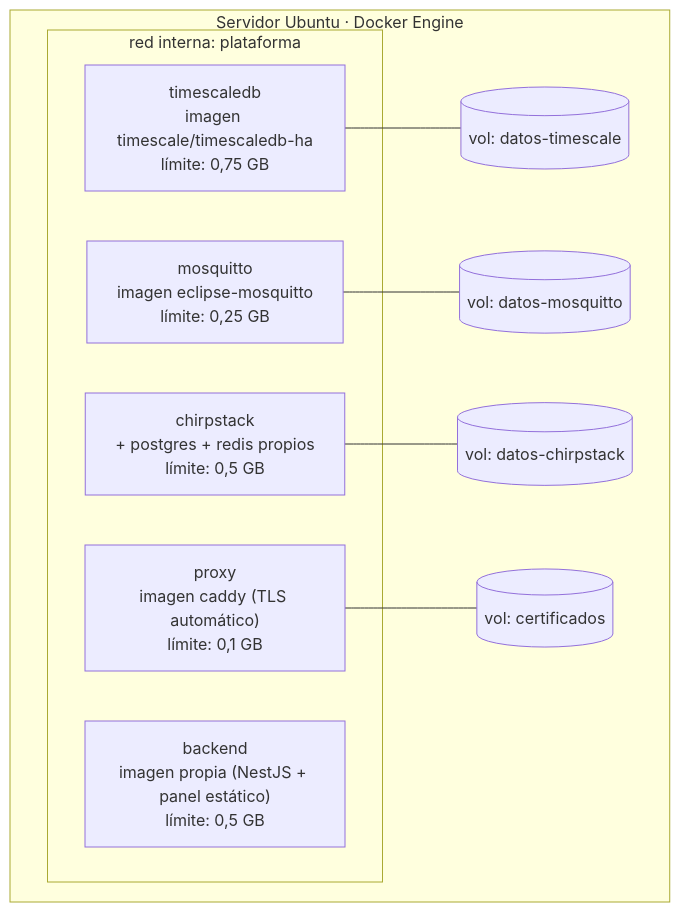
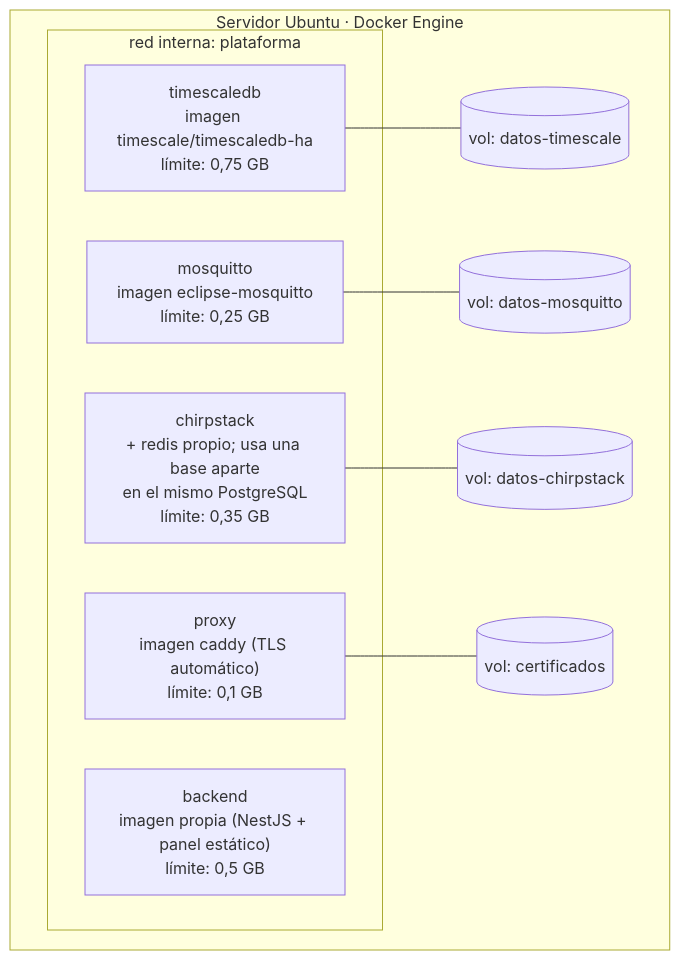
One commit to vicenterami/tesis changed the sixth of 6 diagrams in docs/10-arquitectura.md. Above: the diagram before and after it, drawn with Mermaid. The commit also changed other lines of this file and 3 other files, not shown here.

First line of the commit message:
Documenta credenciales y permisos, unifica el PostgreSQL para ChirpStack y registra la bitacora

````diff
--- a/docs/10-arquitectura.md
+++ b/docs/10-arquitectura.md
@@ -236,20 +236,20 @@
 ```mermaid
 flowchart TB
     subgraph HOST["Servidor Ubuntu · Docker Engine"]
         subgraph NET["red interna: plataforma"]
             C1["mosquitto\nimagen eclipse-mosquitto\nlímite: 0,25 GB"]
-            C2["chirpstack\n+ postgres + redis propios\nlímite: 0,5 GB"]
+            C2["chirpstack\n+ redis propio; usa una base aparte\nen el mismo PostgreSQL\nlímite: 0,35 GB"]
             C3["timescaledb\nimagen timescale/timescaledb-ha\nlímite: 0,75 GB"]
             C4["backend\nimagen propia (NestJS + panel estático)\nlímite: 0,5 GB"]
             C5["proxy\nimagen caddy (TLS automático)\nlímite: 0,1 GB"]
         end
         V1[("vol: datos-timescale")]
         V2[("vol: datos-mosquitto")]
         V3[("vol: datos-chirpstack")]
         V4[("vol: certificados")]
     end
     C3 --- V1
     C1 --- V2
     C2 --- V3
     C5 --- V4
 ```
````
